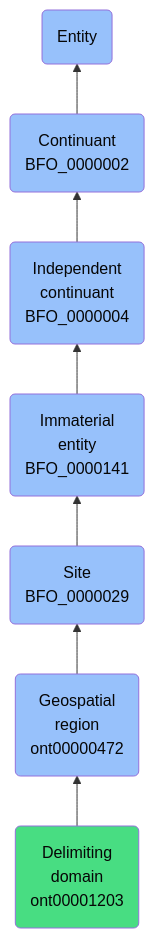
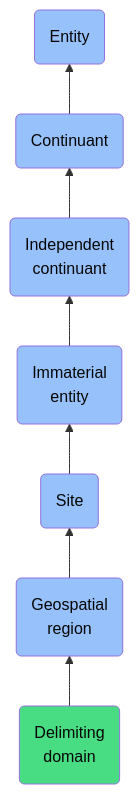
One commit to jupyter-naas/abi changed the diagram in docs/ontology/reference/model/Entity/Continuant/Independent continuant/Immaterial entity/Site/Geospatial region/Delimiting domain/Delimiting domain.md. Above: the diagram before and after it, drawn with Mermaid. The commit also changed other lines of this file and 1430 other files, not shown here.

````diff
--- a/docs/ontology/reference/model/Entity/Continuant/Independent continuant/Immaterial entity/Site/Geospatial region/Delimiting domain/Delimiting domain.md
+++ b/docs/ontology/reference/model/Entity/Continuant/Independent continuant/Immaterial entity/Site/Geospatial region/Delimiting domain/Delimiting domain.md
@@ -24,14 +24,14 @@
 ```mermaid
 graph BT
-    ont00001203(Delimiting<br>domain<br>ont00001203):::ABI-->ont00000472
-    ont00000472(Geospatial<br>region<br>ont00000472):::BFO-->BFO_0000029
-    BFO_0000029(Site<br>BFO_0000029):::BFO-->BFO_0000141
-    BFO_0000141(Immaterial<br>entity<br>BFO_0000141):::BFO-->BFO_0000004
-    BFO_0000004(Independent<br>continuant<br>BFO_0000004):::BFO-->BFO_0000002
-    BFO_0000002(Continuant<br>BFO_0000002):::BFO-->BFO_0000001
+    ont00001203(Delimiting<br>domain):::ABI-->ont00000472
+    ont00000472(Geospatial<br>region):::BFO-->BFO_0000029
+    BFO_0000029(Site):::BFO-->BFO_0000141
+    BFO_0000141(Immaterial<br>entity):::BFO-->BFO_0000004
+    BFO_0000004(Independent<br>continuant):::BFO-->BFO_0000002
+    BFO_0000002(Continuant):::BFO-->BFO_0000001
     BFO_0000001(Entity):::BFO
     
     classDef BFO fill:#97c1fb,color:#060606
     classDef CCO fill:#e4c51e,color:#060606
     classDef ABI fill:#48DD82,color:#060606
 ```
````
